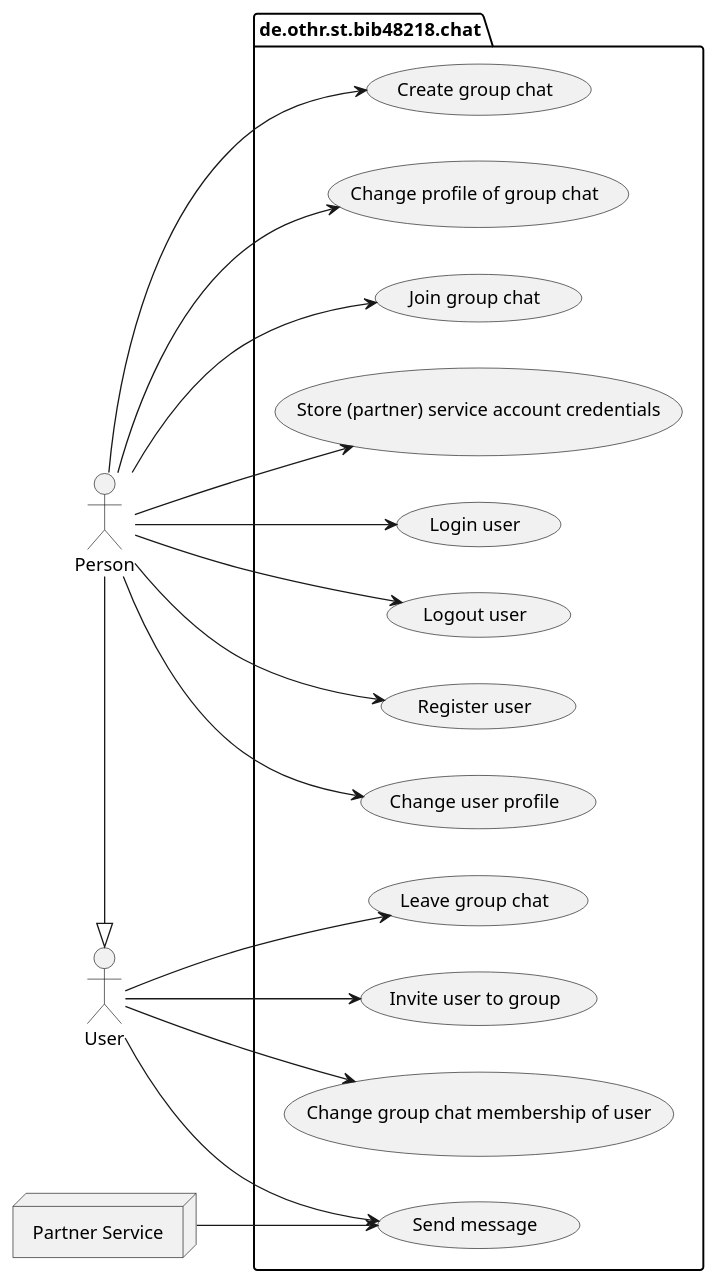
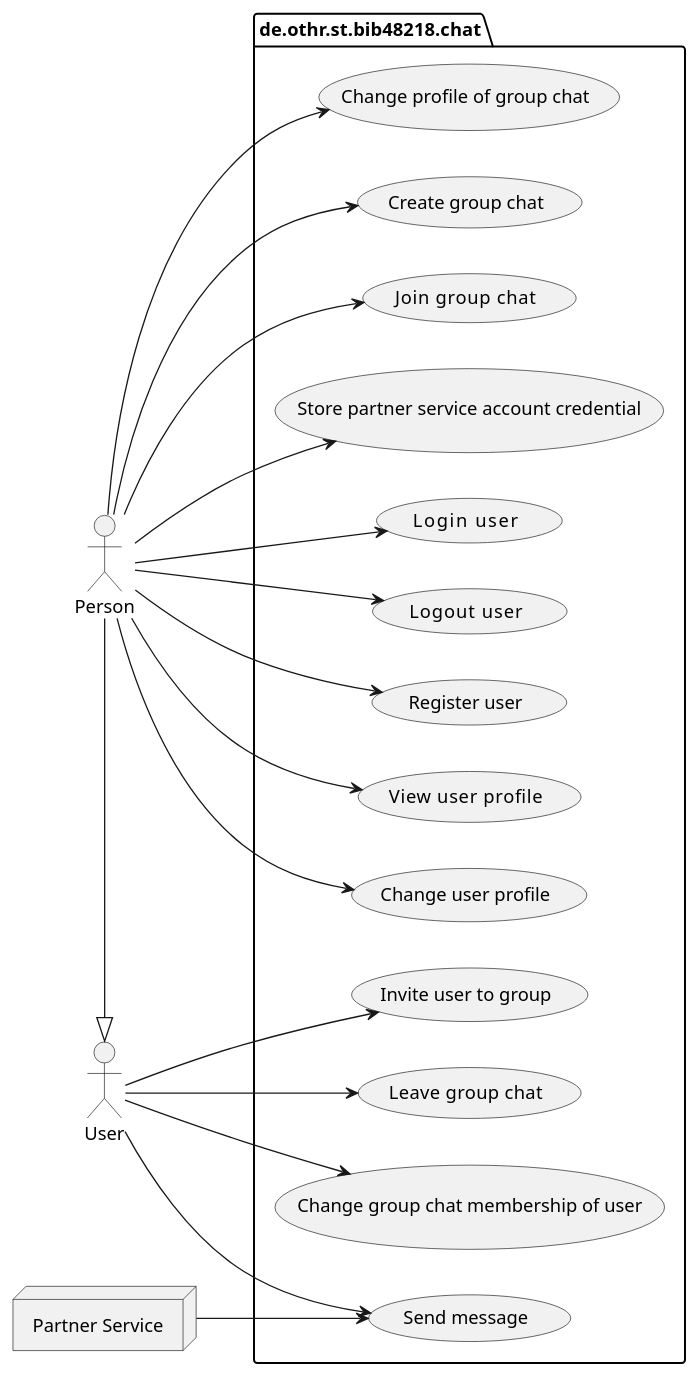
Before and after one commit to bbenno/oth-sw: the diagram in src/doc/uml-usecase.puml, drawn with PlantUML.

Commit message:
Refactor UML UC diagram

```diff
--- a/src/doc/uml-usecase.puml
+++ b/src/doc/uml-usecase.puml
@@ -1,47 +1,37 @@
 @startuml chat-usecase
 skinparam monochrome true
 left to right direction
 
 ' actors
-actor "User" as u
-actor "Person" as p
+actor User
+actor Person
 ' note "Bot has no special usecases" as b
-node "Partner Service" as s
+node "Partner Service" as Service
 
 ' actor hierarchy
-u <|-left- p
+User <|-left- Person
 
 ' use cases
 package "de.othr.st.bib48218.chat" {
-  usecase "Login user" as oUC1
-  usecase "Logout user" as oUC2
-  usecase "Register user" as oUC3
-  usecase "Change user profile" as oUC4
+  Person --> (Login    user)
+  Person --> (Logout   user)
+  Person --> (Register user)
 
-  usecase "Send message" as mUC
-  ' Chating use cases
-  usecase "Create group chat" as cUC1
-  usecase "Leave group chat" as cUC2
-  usecase "Change profile of group chat" as cUC3
-  usecase "Change group chat membership of user" as cUC4
-  usecase "Invite user to group" as cUC5
-  usecase "Join group chat" as cUC6
+  Person --> (View   user profile)
+  Person --> (Change user profile)
+  Person --> (Change profile of group chat)
+
+  User    --> (Send message)
+  Service --> (Send message) 
+  
+  User   --> (Leave  group chat)
+  Person --> (Create group chat)
+  Person --> (Join   group chat)
+
+  User --> (Change group chat membership of user)
+  User --> (Invite user to group)
+
   ' Connecting to partners use cases
-  usecase "Store (partner) service account credentials" as pUC
+  Person --> (Store partner service account credential)
 }
-
-'  link actor User with use cases
-p --> oUC1
-p --> oUC2
-p --> oUC3
-p --> oUC4
-p --> cUC3
-p --> cUC6
-s --> mUC
-u --> mUC
-p --> cUC1
-u --> cUC2
-u --> cUC4
-u --> cUC5
-p --> pUC
 @enduml
```
